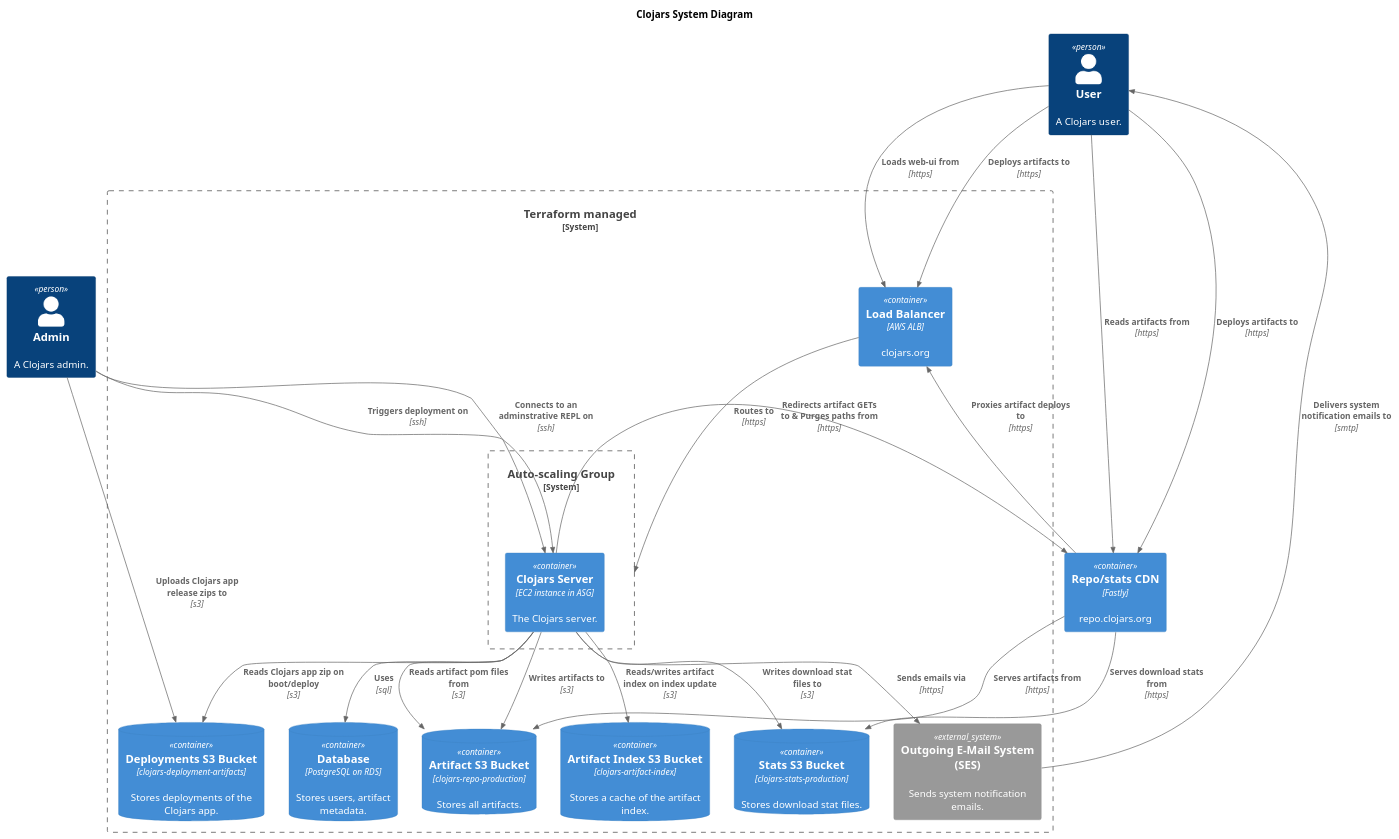
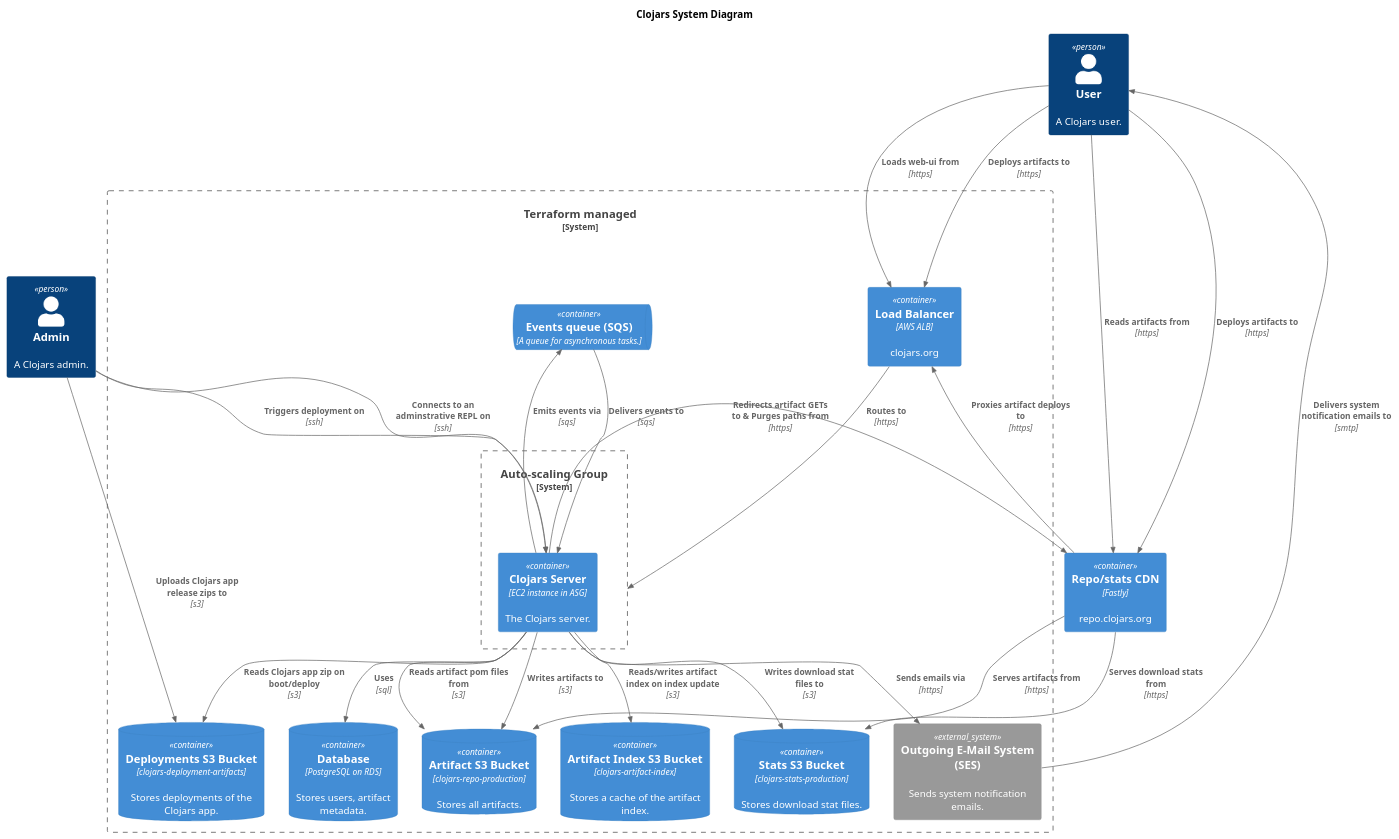
One commit to clojars/infrastructure changed the diagram in system_diagram.puml. Above: the diagram before and after it, drawn with PlantUML. The commit also changed 1 other file, not shown here.

Commit message:
Add SQS to system diagram

```diff
--- a/system_diagram.puml
+++ b/system_diagram.puml
@@ -1,52 +1,56 @@
 @startuml system_diagram
-!includeurl https://raw.githubusercontent.com/RicardoNiepel/C4-PlantUML/release/1-0/C4_Container.puml
+!includeurl https://raw.githubusercontent.com/plantuml-stdlib/C4-PlantUML/master/C4_Container.puml
 
 title Clojars System Diagram
 
 Person(admin, "Admin", "A Clojars admin.")
 Person(user, "User", "A Clojars user.")
 
 System_Boundary(terraform, "Terraform managed") {
   Container(lb, "Load Balancer", "AWS ALB", "clojars.org")
 
 System_Boundary(asg, "Auto-scaling Group") {
     Container(instance, "Clojars Server", "EC2 instance in ASG", "The Clojars server.")
   }
   
   ContainerDb(database, "Database", "PostgreSQL on RDS", "Stores users, artifact metadata.")
   ContainerDb(repo_bucket, "Artifact S3 Bucket", "clojars-repo-production", "Stores all artifacts.")
   ContainerDb(stats_bucket, "Stats S3 Bucket", "clojars-stats-production", "Stores download stat files.")
   ContainerDb(artifact_index_bucket, "Artifact Index S3 Bucket", "clojars-artifact-index", "Stores a cache of the artifact index.")
   ContainerDb(deployments_bucket, "Deployments S3 Bucket", "clojars-deployment-artifacts", "Stores deployments of the Clojars app.")
+
+  ContainerQueue(sqs, "Events queue (SQS)", "A queue for asynchronous tasks.")
 
   System_Ext(ses, "Outgoing E-Mail System (SES)", "Sends system notification emails.")
 }
 
 Container(fastly, "Repo/stats CDN", "Fastly", "repo.clojars.org")
 
 Rel(admin, deployments_bucket, "Uploads Clojars app release zips to", "s3")
 Rel(admin, instance, "Triggers deployment on", "ssh")
 Rel(admin, instance, "Connects to an adminstrative REPL on", "ssh")
 
 Rel(user, lb, "Loads web-ui from", "https")
 Rel(user, lb, "Deploys artifacts to", "https")
 Rel(user, fastly, "Reads artifacts from", "https")
 Rel(user, fastly, "Deploys artifacts to", "https")
 
 Rel(lb, asg, "Routes to", "https")
 
 Rel(instance, database, "Uses", "sql")
 Rel(instance, repo_bucket, "Writes artifacts to", "s3")
 Rel(instance, repo_bucket, "Reads artifact pom files from", "s3")
 Rel(instance, stats_bucket, "Writes download stat files to", "s3")
 Rel(instance, fastly, "Redirects artifact GETs to & Purges paths from", "https")
 Rel(instance, ses, "Sends emails via", "https")
+Rel(instance, sqs, "Emits events via", "sqs")
 Rel(instance, artifact_index_bucket, "Reads/writes artifact index on index update", "s3")
 Rel(instance, deployments_bucket, "Reads Clojars app zip on boot/deploy", "s3")
 
 Rel(ses, user, "Delivers system notification emails to", "smtp")
+Rel(sqs, instance, "Delivers events to", "sqs")
 
 Rel(fastly, repo_bucket, "Serves artifacts from", "https")
 Rel(fastly, stats_bucket, "Serves download stats from", "https")
 Rel(fastly, lb, "Proxies artifact deploys to", "https")
 @enduml
```
